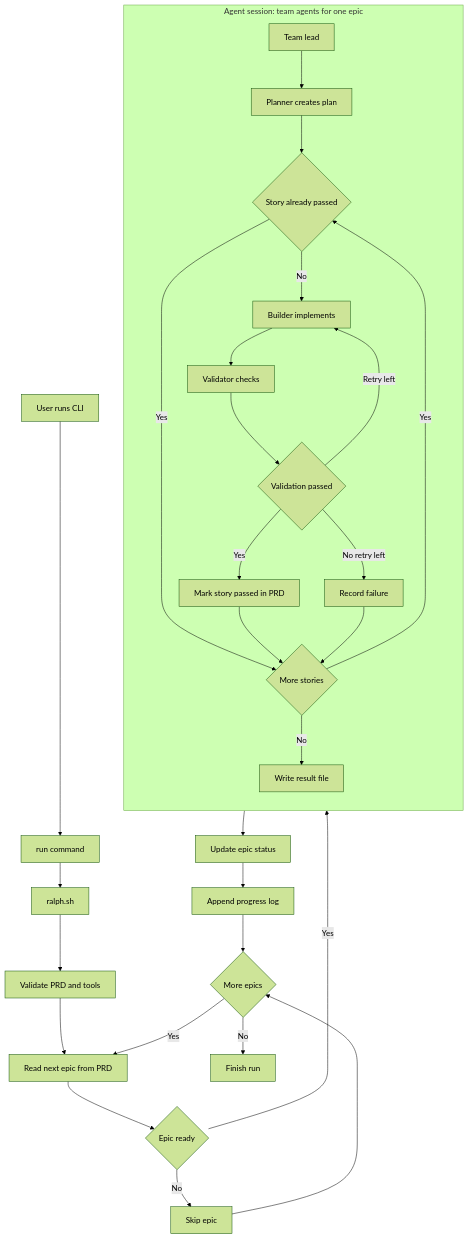
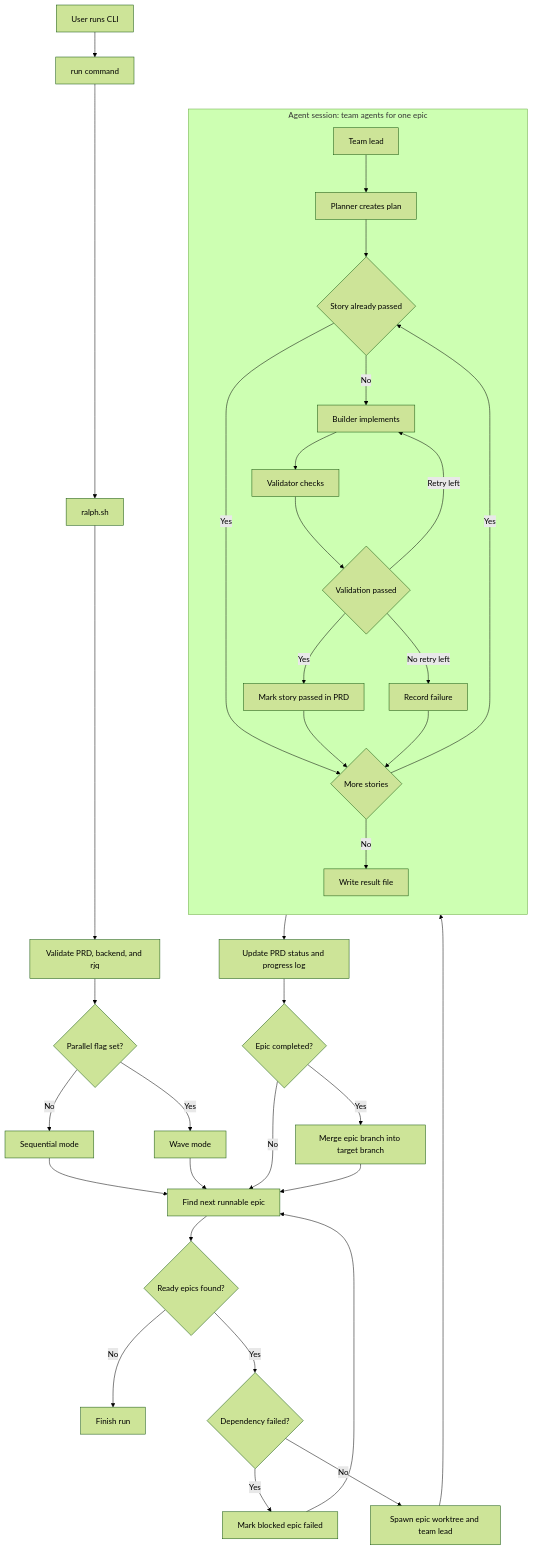
Before and after one commit to tuansondinh/ralph-teams: the diagram in README.md, drawn with Mermaid (forest theme). The commit also changed 2 other files, not shown here.

Commit message:
chore: auto-commit changes before ralph run

````diff
--- a/README.md
+++ b/README.md
@@ -25,45 +25,52 @@
 ```mermaid
 flowchart TB
     U[User runs CLI] --> C[run command]
     C --> S[ralph.sh]
-    S --> V[Validate PRD and tools]
-    V --> E[Read next epic from PRD]
-    E --> B{Epic ready}
-    B -->|No| K[Skip epic]
-    B -->|Yes| TL
+    S --> V[Validate PRD, backend, and rjq]
+    V --> PF{Parallel flag set?}
+    PF -->|No| M1[Sequential mode]
+    PF -->|Yes| M2[Wave mode]
+    M1 --> E[Find next runnable epic]
+    M2 --> E
+    E --> B{Ready epics found?}
+    B -->|No| D[Finish run]
+    B -->|Yes| X{Dependency failed?}
+    X -->|Yes| K[Mark blocked epic failed]
+    X -->|No| T[Spawn epic worktree and team lead]
 
     subgraph CS[Agent session: team agents for one epic]
         direction TB
         TL[Team lead]
         P[Planner creates plan]
         Q{Story already passed}
         BU[Builder implements]
         VA[Validator checks]
         R{Validation passed}
-        W[Mark story passed in PRD]
+        SP[Mark story passed in PRD]
         F[Record failure]
         M{More stories}
         RF[Write result file]
 
         TL --> P
         P --> Q
         Q -->|Yes| M
         Q -->|No| BU
         BU --> VA
         VA --> R
-        R -->|Yes| W
+        R -->|Yes| SP
         R -->|Retry left| BU
         R -->|No retry left| F
-        W --> M
+        SP --> M
         F --> M
         M -->|Yes| Q
         M -->|No| RF
     end
 
-    K --> ME{More epics}
-    RF --> P2[Update epic status]
-    P2 --> L[Append progress log]
-    L --> ME
-    ME -->|Yes| E
-    ME -->|No| D[Finish run]
+    T --> TL
+    K --> E
+    RF --> P2[Update PRD status and progress log]
+    P2 --> G{Epic completed?}
+    G -->|No| E
+    G -->|Yes| H[Merge epic branch into target branch]
+    H --> E
 ```
````
